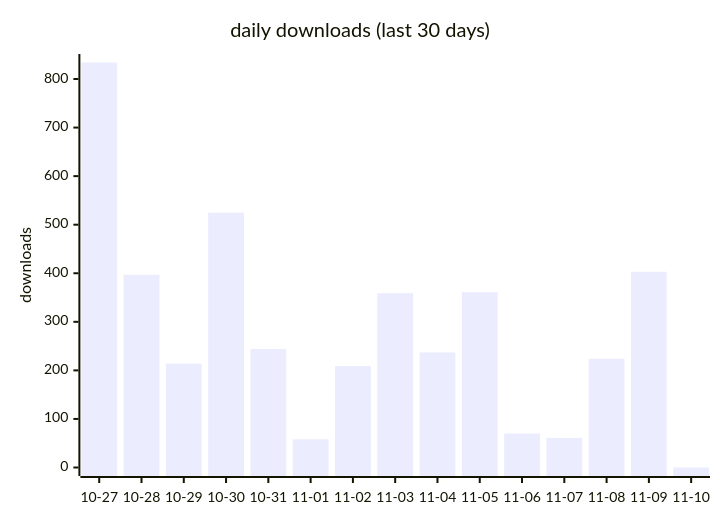
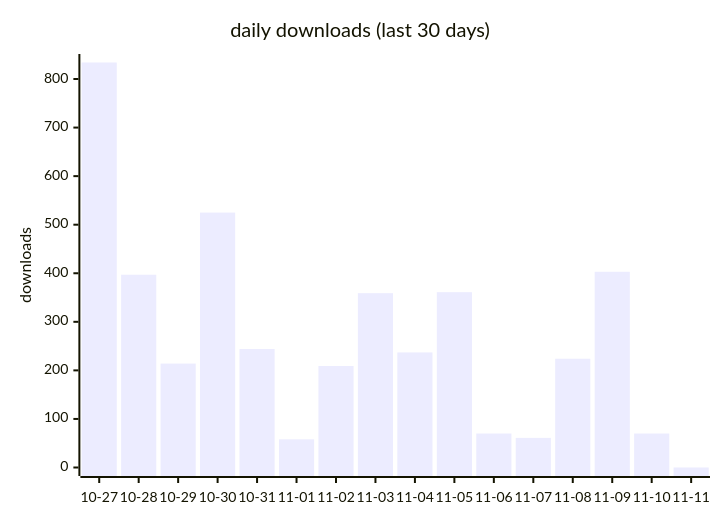
One commit to terry2010/dsh-rss-news-daily changed the first of 2 diagrams in docs/downloads-2026.md. Above: the diagram before and after it, drawn with Mermaid. The commit also changed other lines of this file and 1 other file, not shown here.

````diff
--- a/docs/downloads-2026.md
+++ b/docs/downloads-2026.md
@@ -19,7 +19,7 @@
 ```mermaid
 xychart-beta
     title "daily downloads (last 30 days)"
-    x-axis ["10-27", "10-28", "10-29", "10-30", "10-31", "11-01", "11-02", "11-03", "11-04", "11-05", "11-06", "11-07", "11-08", "11-09", "11-10"]
+    x-axis ["10-27", "10-28", "10-29", "10-30", "10-31", "11-01", "11-02", "11-03", "11-04", "11-05", "11-06", "11-07", "11-08", "11-09", "11-10", "11-11"]
     y-axis "downloads" 0 --> 834
-    bar [834, 397, 214, 525, 244, 58, 209, 359, 237, 361, 70, 61, 224, 403, 0]
+    bar [834, 397, 214, 525, 244, 58, 209, 359, 237, 361, 70, 61, 224, 403, 70, 0]
 ```
````
